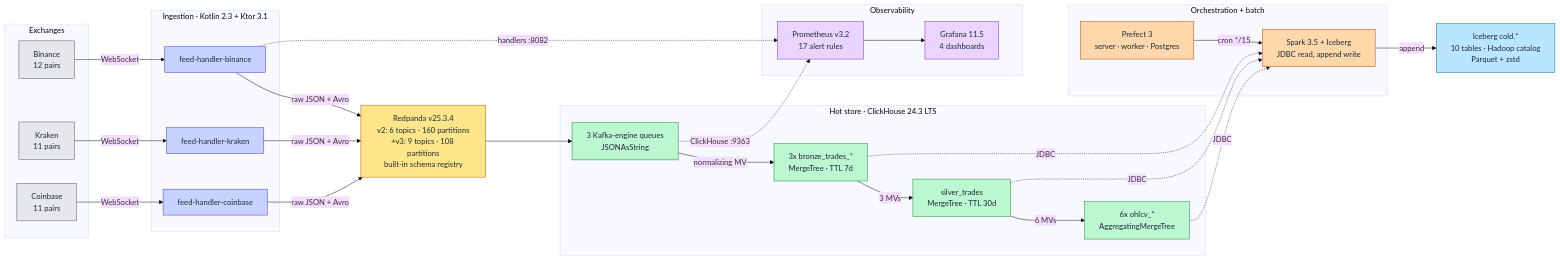
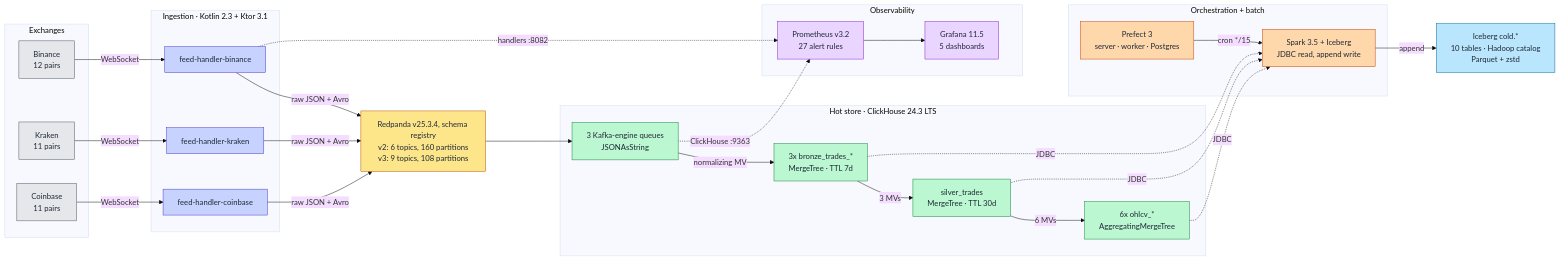
Before and after one commit to rjdscott/k2-market-data-platform: the first of 4 diagrams in docs/architecture/README.md, drawn with Mermaid (base theme). The commit also changed other lines of this file and 82 other files, not shown here.

````diff
--- a/docs/architecture/README.md
+++ b/docs/architecture/README.md
@@ -11,70 +11,70 @@
 ```mermaid
 flowchart LR
     subgraph EX["Exchanges"]
         BIN["Binance<br/>12 pairs"]
         KRK["Kraken<br/>11 pairs"]
         CBS["Coinbase<br/>11 pairs"]
     end
 
     subgraph FH["Ingestion · Kotlin 2.3 + Ktor 3.1"]
         FHB["feed-handler-binance"]
         FHK["feed-handler-kraken"]
         FHC["feed-handler-coinbase"]
     end
 
-    RP["Redpanda v25.3.4<br/>v2: 6 topics · 160 partitions<br/>+v3: 9 topics · 108 partitions<br/>built-in schema registry"]
+    RP["Redpanda v25.3.4, schema registry<br/>v2: 6 topics, 160 partitions<br/>v3: 9 topics, 108 partitions"]
 
     subgraph CH["Hot store · ClickHouse 24.3 LTS"]
         Q["3 Kafka-engine queues<br/>JSONAsString"]
         BR["3x bronze_trades_*<br/>MergeTree · TTL 7d"]
         SI["silver_trades<br/>MergeTree · TTL 30d"]
         GO["6x ohlcv_*<br/>AggregatingMergeTree"]
     end
 
     subgraph BATCH["Orchestration + batch"]
         PF["Prefect 3<br/>server · worker · Postgres"]
         SP["Spark 3.5 + Iceberg<br/>JDBC read, append write"]
     end
 
     ICE["Iceberg cold.*<br/>10 tables · Hadoop catalog<br/>Parquet + zstd"]
 
     subgraph OBS["Observability"]
-        PR["Prometheus v3.2<br/>17 alert rules"]
-        GR["Grafana 11.5<br/>4 dashboards"]
+        PR["Prometheus v3.2<br/>27 alert rules"]
+        GR["Grafana 11.5<br/>5 dashboards"]
     end
 
     BIN -->|WebSocket| FHB
     KRK -->|WebSocket| FHK
     CBS -->|WebSocket| FHC
     FHB -->|"raw JSON + Avro"| RP
     FHK -->|"raw JSON + Avro"| RP
     FHC -->|"raw JSON + Avro"| RP
     RP --> Q
     Q -->|normalizing MV| BR
     BR -->|"3 MVs"| SI
     SI -->|"6 MVs"| GO
     PF -->|"cron */15"| SP
     BR -.->|JDBC| SP
     SI -.->|JDBC| SP
     GO -.->|JDBC| SP
     SP -->|append| ICE
     FHB -.->|"handlers :8082"| PR
     Q -.->|"ClickHouse :9363"| PR
     PR --> GR
 
     classDef exchange fill:#e5e7eb,stroke:#4b5563,color:#1f2937
     classDef kotlin fill:#c7d2fe,stroke:#4338ca,color:#1f2937
     classDef stream fill:#fde68a,stroke:#b45309,color:#1f2937
     classDef ch fill:#bbf7d0,stroke:#15803d,color:#1f2937
     classDef batch fill:#fed7aa,stroke:#c2410c,color:#1f2937
     classDef storage fill:#bae6fd,stroke:#0369a1,color:#1f2937
     classDef obs fill:#e9d5ff,stroke:#7e22ce,color:#1f2937
 
     class BIN,KRK,CBS exchange
     class FHB,FHK,FHC kotlin
     class RP stream
     class Q,BR,SI,GO ch
     class PF,SP batch
     class ICE storage
     class PR,GR obs
 ```
````
